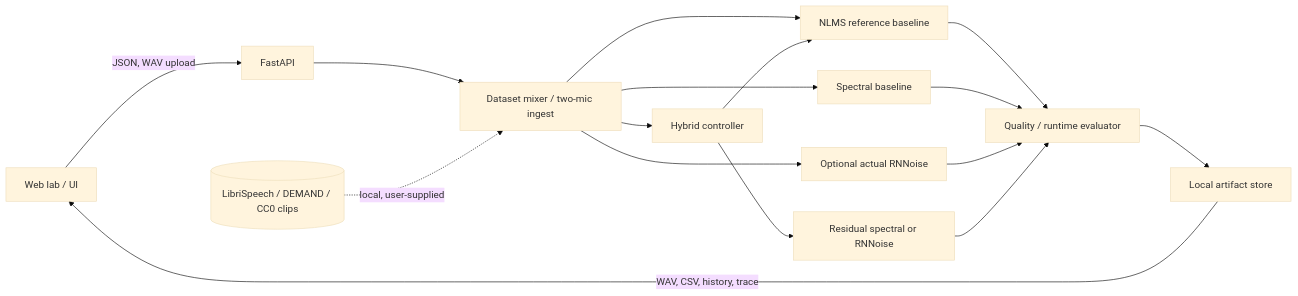
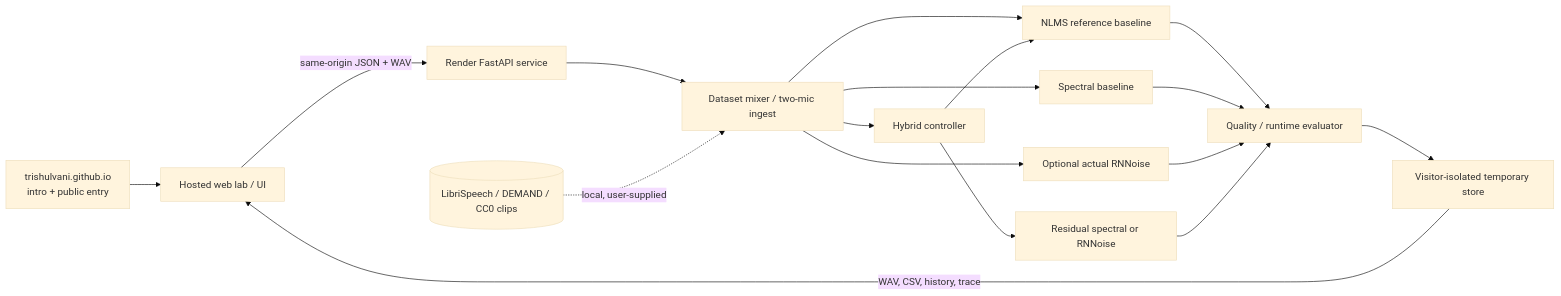
Before and after one commit to TrishulVani/trishul-vani-studio: the diagram in README.md, drawn with Mermaid (base theme). The commit also changed other lines of this file and 3 other files, not shown here.

Commit message:
Organize live deployment docs and connect hosted product entry

````diff
--- a/README.md
+++ b/README.md
@@ -124,18 +140,19 @@
 ```mermaid
 flowchart LR
-    A[Web lab / UI] -->|JSON, WAV upload| B[FastAPI]
+    P[trishulvani.github.io<br/>intro + public entry] --> A[Hosted web lab / UI]
+    A -->|same-origin JSON + WAV| B[Render FastAPI service]
     B --> C[Dataset mixer / two-mic ingest]
     C --> D[NLMS reference baseline]
     C --> E[Spectral baseline]
     C --> F[Optional actual RNNoise]
     C --> G[Hybrid controller]
     G --> D
     G --> H[Residual spectral or RNNoise]
     D --> I[Quality / runtime evaluator]
     E --> I
     F --> I
     H --> I
-    I --> J[Local artifact store]
+    I --> J[Visitor-isolated temporary store]
     J -->|WAV, CSV, history, trace| A
     K[(LibriSpeech / DEMAND / CC0 clips)] -. local, user-supplied .-> C
 ```
````
